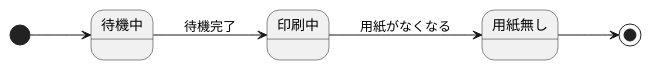
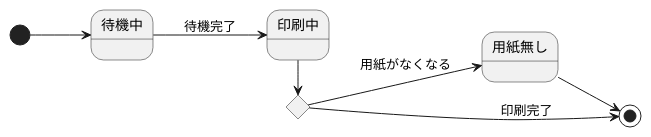
The diagram in 演習6-1_SD_プリンタ.pu (itouayumu/uml-introduction-), drawn with PlantUML before and after one commit.

Commit message:
修正

```diff
--- a/演習6-1_SD_プリンタ.pu
+++ b/演習6-1_SD_プリンタ.pu
@@ -1,7 +1,10 @@
 @startuml 
 left to right direction
+state c <<choice>>
 [*] --> 待機中
 待機中--> 印刷中: 待機完了
-印刷中--> 用紙無し: 用紙がなくなる
+印刷中->c
+c--> 用紙無し: 用紙がなくなる
 用紙無し--> [*] 
+c--> [*] :　印刷完了
 @enduml
```
